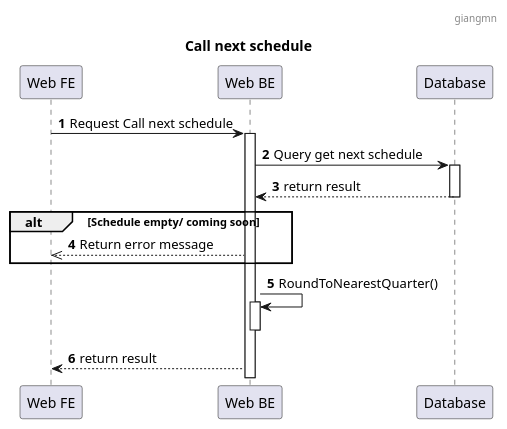
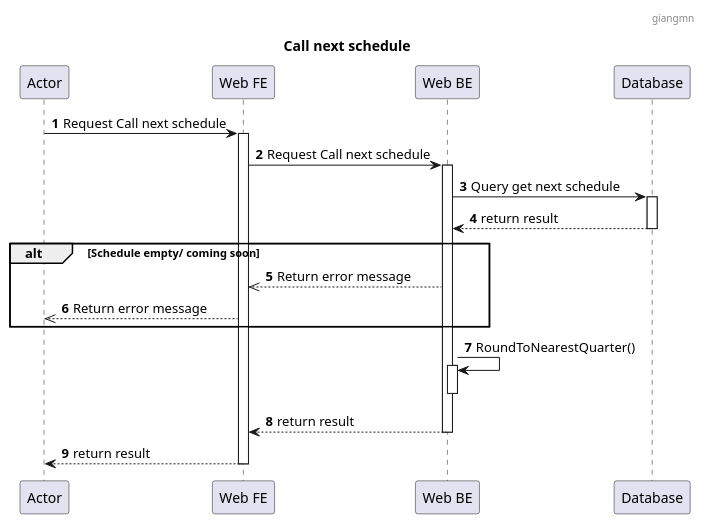
One commit to jang1902/SEP490_Sequence changed the diagram in Schedule/Call next Schedule.puml. Above: the diagram before and after it, drawn with PlantUML. The commit also changed 12 other files, not shown here.

```diff
--- a/Schedule/Call next Schedule.puml
+++ b/Schedule/Call next Schedule.puml
@@ -1,24 +1,31 @@
 @startuml
 header : giangmn
 title: Call next schedule
 autonumber
 
+participant "Actor" as a
 participant "Web FE" as fe
 participant "Web BE" as be
 participant "Database" as db
 
+a-> fe: Request Call next schedule
+fe++
 fe -> be: Request Call next schedule
 be++
 be -> db: Query get next schedule
 db++
 db --> be: return result
 db--
 alt Schedule empty/ coming soon
 be -->> fe: Return error message
+fe -->> a: Return error message
 end
 
 be->be: RoundToNearestQuarter()
 be++
 be--
 be --> fe: return result
+be--
+fe--> a: return result
+fe--
 @enduml
```
